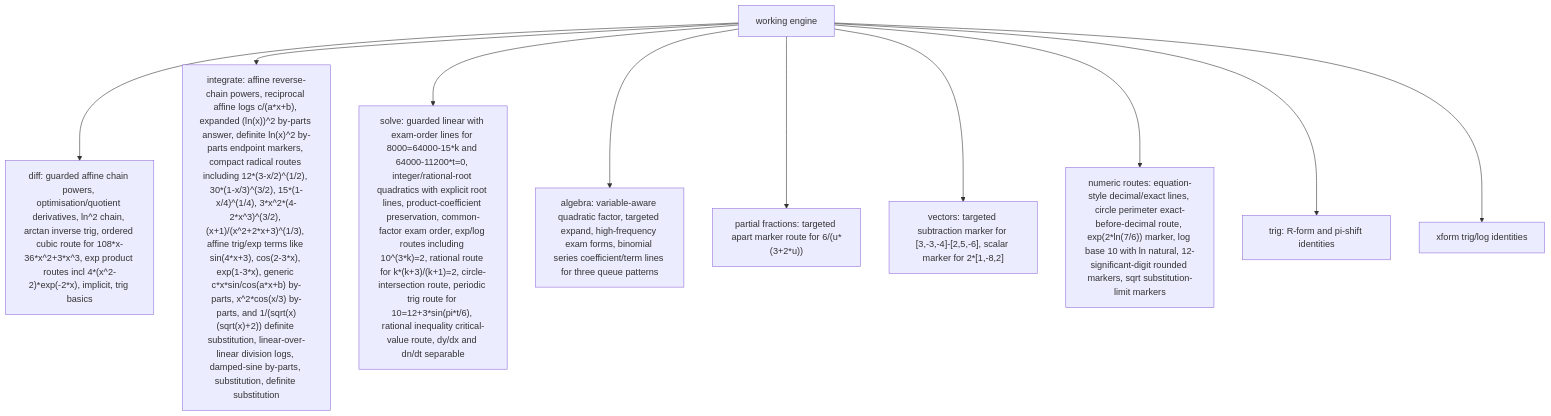
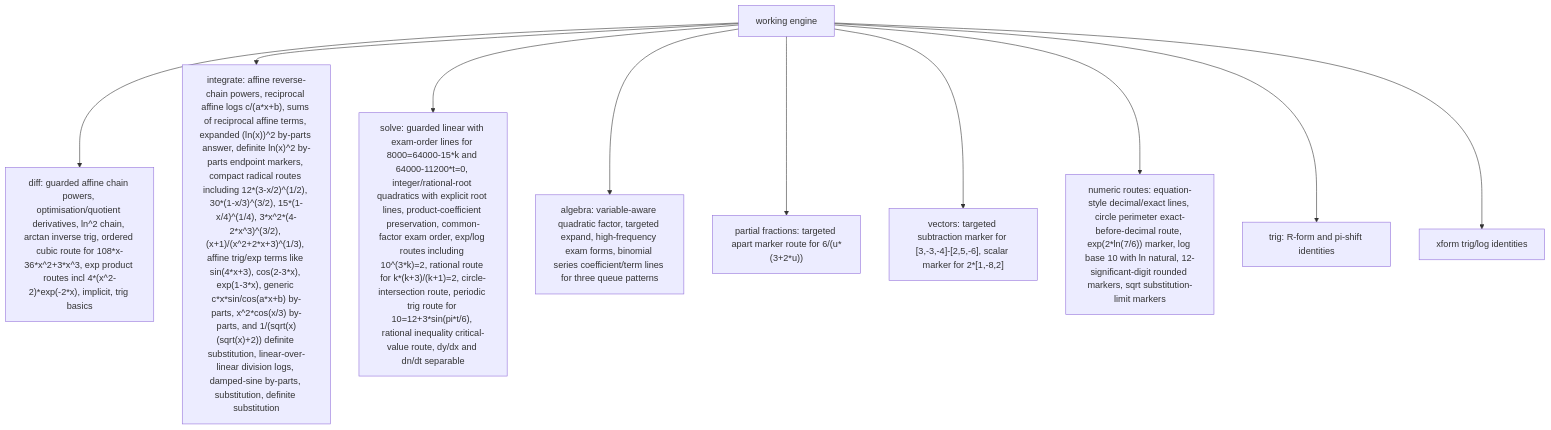
The third of 6 diagrams in docs/GRAPH.md (james8464/notes-addin-casio-fx-cg50), drawn with Mermaid before and after one commit. The commit also changed other lines of this file and 6 other files, not shown here.

Commit message:
hide F6 file menu and add reciprocal log sums

````diff
--- a/docs/GRAPH.md
+++ b/docs/GRAPH.md
@@ -36,12 +36,12 @@
 ```mermaid
 graph TD
   Work["working engine"] --> Diff["diff: guarded affine chain powers, optimisation/quotient derivatives, ln^2 chain, arctan inverse trig, ordered cubic route for 108*x-36*x^2+3*x^3, exp product routes incl 4*(x^2-2)*exp(-2*x), implicit, trig basics"]
-  Work --> Int["integrate: affine reverse-chain powers, reciprocal affine logs c/(a*x+b), expanded (ln(x))^2 by-parts answer, definite ln(x)^2 by-parts endpoint markers, compact radical routes including 12*(3-x/2)^(1/2), 30*(1-x/3)^(3/2), 15*(1-x/4)^(1/4), 3*x^2*(4-2*x^3)^(3/2), (x+1)/(x^2+2*x+3)^(1/3), affine trig/exp terms like sin(4*x+3), cos(2-3*x), exp(1-3*x), generic c*x*sin/cos(a*x+b) by-parts, x^2*cos(x/3) by-parts, and 1/(sqrt(x)(sqrt(x)+2)) definite substitution, linear-over-linear division logs, damped-sine by-parts, substitution, definite substitution"]
+  Work --> Int["integrate: affine reverse-chain powers, reciprocal affine logs c/(a*x+b), sums of reciprocal affine terms, expanded (ln(x))^2 by-parts answer, definite ln(x)^2 by-parts endpoint markers, compact radical routes including 12*(3-x/2)^(1/2), 30*(1-x/3)^(3/2), 15*(1-x/4)^(1/4), 3*x^2*(4-2*x^3)^(3/2), (x+1)/(x^2+2*x+3)^(1/3), affine trig/exp terms like sin(4*x+3), cos(2-3*x), exp(1-3*x), generic c*x*sin/cos(a*x+b) by-parts, x^2*cos(x/3) by-parts, and 1/(sqrt(x)(sqrt(x)+2)) definite substitution, linear-over-linear division logs, damped-sine by-parts, substitution, definite substitution"]
   Work --> Solve["solve: guarded linear with exam-order lines for 8000=64000-15*k and 64000-11200*t=0, integer/rational-root quadratics with explicit root lines, product-coefficient preservation, common-factor exam order, exp/log routes including 10^(3*k)=2, rational route for k*(k+3)/(k+1)=2, circle-intersection route, periodic trig route for 10=12+3*sin(pi*t/6), rational inequality critical-value route, dy/dx and dn/dt separable"]
   Work --> Alg["algebra: variable-aware quadratic factor, targeted expand, high-frequency exam forms, binomial series coefficient/term lines for three queue patterns"]
   Work --> PF["partial fractions: targeted apart marker route for 6/(u*(3+2*u))"]
   Work --> Vec["vectors: targeted subtraction marker for [3,-3,-4]-[2,5,-6], scalar marker for 2*[1,-8,2]"]
   Work --> Num["numeric routes: equation-style decimal/exact lines, circle perimeter exact-before-decimal route, exp(2*ln(7/6)) marker, log base 10 with ln natural, 12-significant-digit rounded markers, sqrt substitution-limit markers"]
   Work --> Trig["trig: R-form and pi-shift identities"]
   Work --> Xform["xform trig/log identities"]
 ```
````
